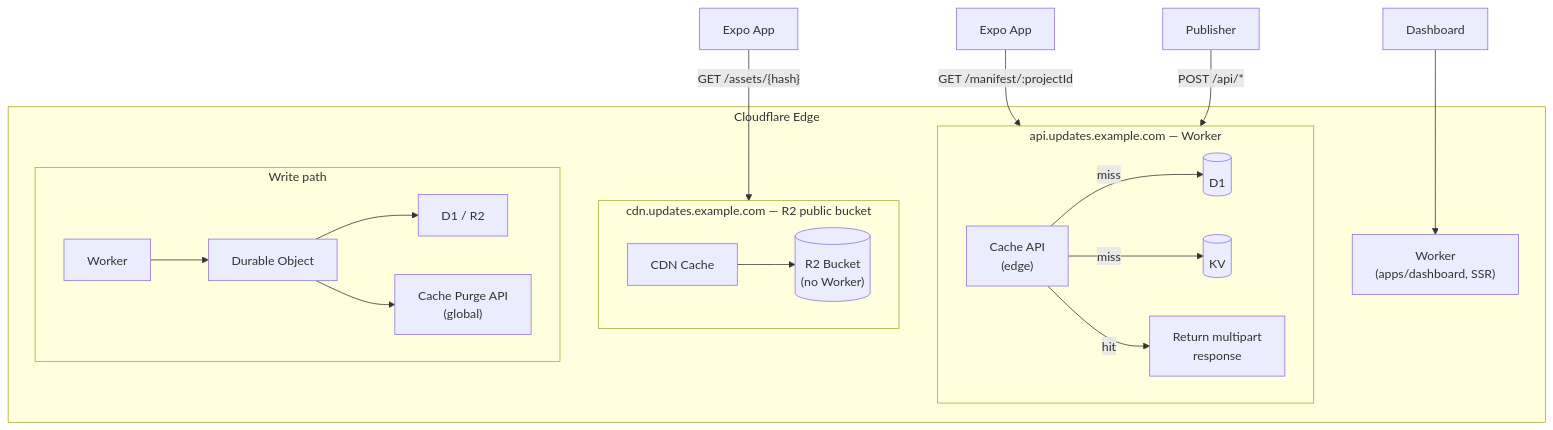
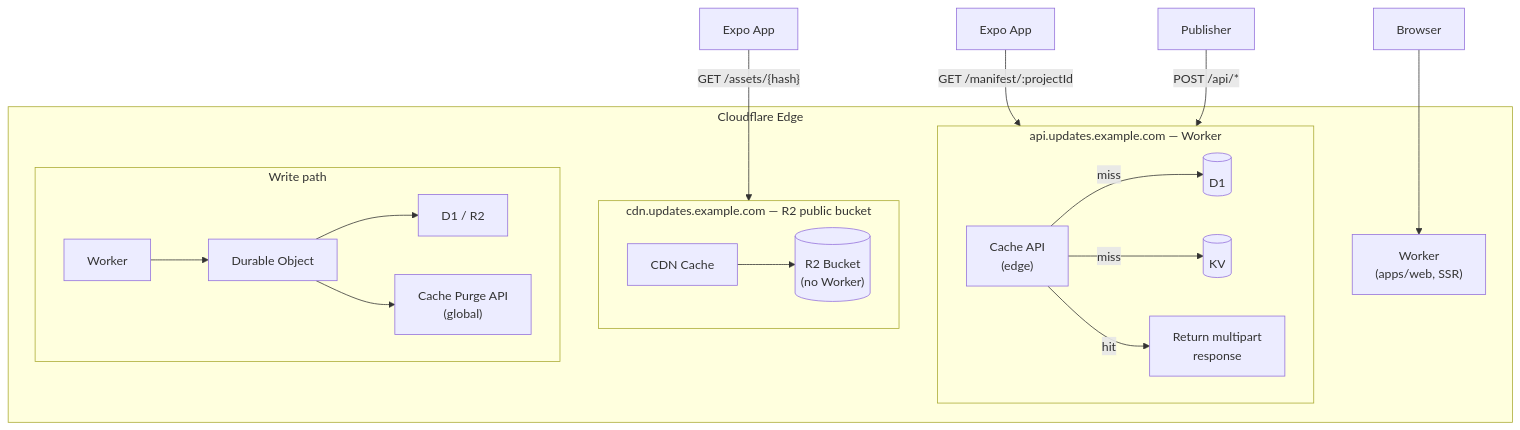
The first of 5 diagrams in docs/specs/server/01-architecture.md (aislopware/better-update), drawn with Mermaid before and after one commit. The commit also changed 294 other files, not shown here.

First line of the commit message:
refactor(web)!: merge accounts + dashboard into apps/web TanStack Start SSR

````diff
--- a/docs/specs/server/01-architecture.md
+++ b/docs/specs/server/01-architecture.md
@@ -10,30 +10,30 @@
 ```mermaid
 graph TB
     subgraph CF["Cloudflare Edge"]
         subgraph API["api.updates.example.com — Worker"]
             CacheAPI["Cache API<br/>(edge)"]
             D1A[(D1)]
             KVA[(KV)]
             CacheAPI -->|miss| D1A
             CacheAPI -->|miss| KVA
             CacheAPI -->|hit| Resp["Return multipart<br/>response"]
         end
 
         subgraph CDN["cdn.updates.example.com — R2 public bucket"]
             CDNCache["CDN Cache"] --> R2B[("R2 Bucket<br/>(no Worker)")]
         end
 
         subgraph Publish["Write path"]
             W2[Worker] --> DO[Durable Object]
             DO --> D1R2["D1 / R2"]
             DO --> Purge["Cache Purge API<br/>(global)"]
         end
 
-        Dashboard["Worker<br/>(apps/dashboard, SSR)"]
+        Web["Worker<br/>(apps/web, SSR)"]
     end
 
     ExpoM["Expo App"] -->|"GET /manifest/:projectId"| API
     ExpoA["Expo App"] -->|"GET /assets/{hash}"| CDN
     Pub[Publisher] -->|"POST /api/*"| API
-    Dash[Dashboard] --> Dashboard
+    Dash[Browser] --> Web
 ```
````
